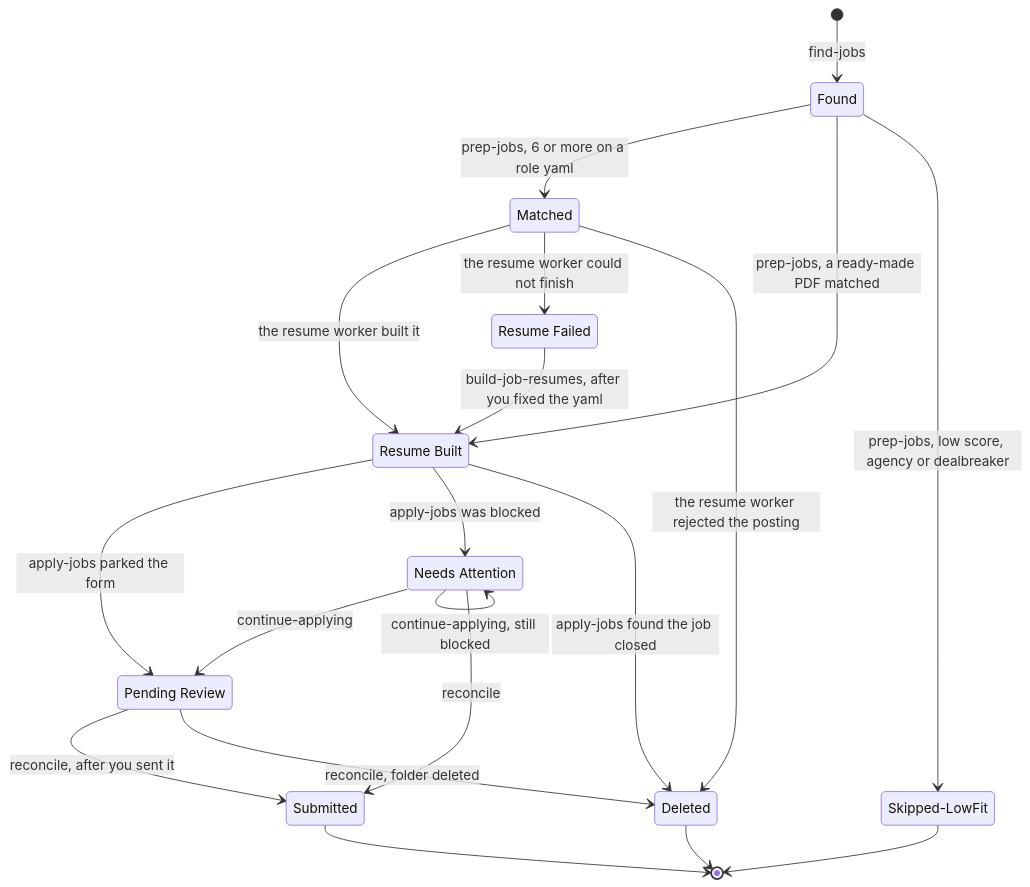
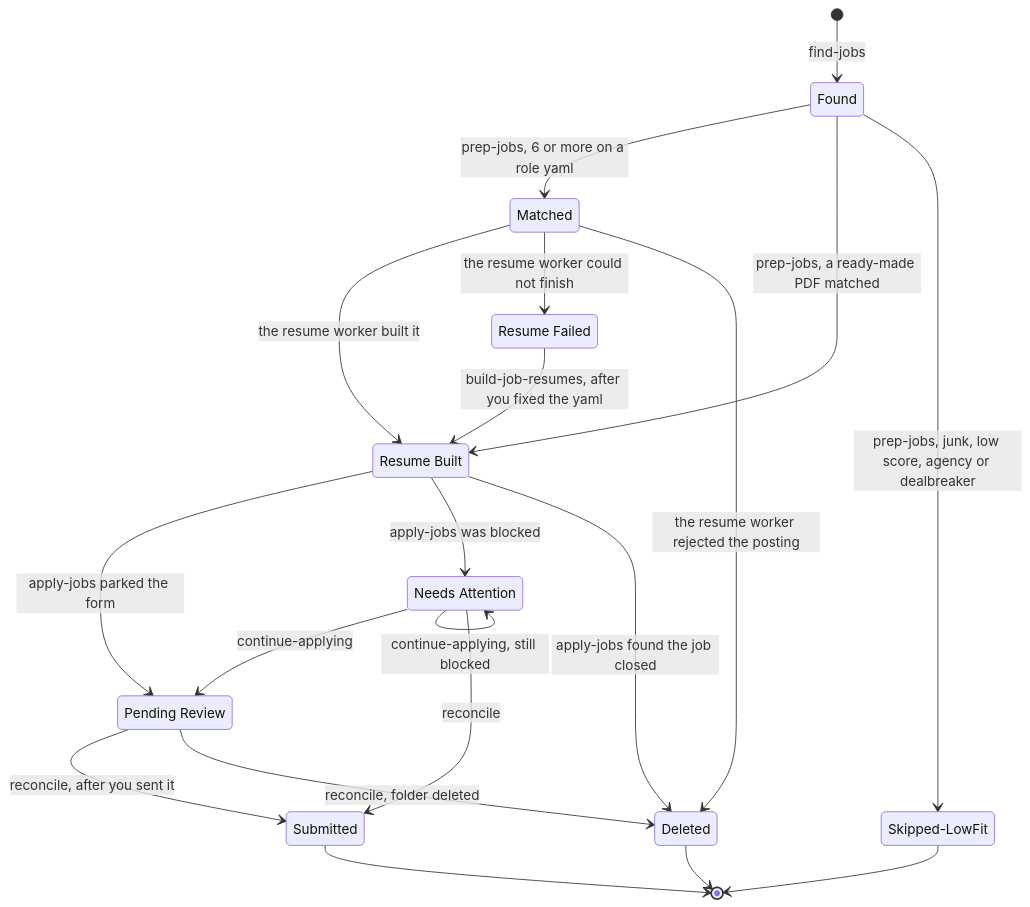
The sixth of 7 diagrams in docs/ARCHITECTURE.md (Maaz77/ohmyjob), drawn with Mermaid before and after one commit. The commit also changed other lines of this file and 8 other files, not shown here.

````diff
--- a/docs/ARCHITECTURE.md
+++ b/docs/ARCHITECTURE.md
@@ -299,32 +299,32 @@
 ```mermaid
 stateDiagram-v2
     state "Found" as Found
     state "Matched" as Matched
     state "Skipped-LowFit" as Skipped
     state "Resume Built" as Built
     state "Resume Failed" as Failed
     state "Pending Review" as Pending
     state "Needs Attention" as Needs
     state "Submitted" as Submitted
     state "Deleted" as Deleted
 
     [*] --> Found: find-jobs
     Found --> Matched: prep-jobs, 6 or more on a role yaml
     Found --> Built: prep-jobs, a ready-made PDF matched
-    Found --> Skipped: prep-jobs, low score, agency or dealbreaker
+    Found --> Skipped: prep-jobs, junk, low score, agency or dealbreaker
     Matched --> Built: the resume worker built it
     Matched --> Failed: the resume worker could not finish
     Matched --> Deleted: the resume worker rejected the posting
     Failed --> Built: build-job-resumes, after you fixed the yaml
     Built --> Pending: apply-jobs parked the form
     Built --> Needs: apply-jobs was blocked
     Built --> Deleted: apply-jobs found the job closed
     Needs --> Pending: continue-applying
     Needs --> Needs: continue-applying, still blocked
     Pending --> Submitted: reconcile, after you sent it
     Needs --> Submitted: reconcile
     Pending --> Deleted: reconcile, folder deleted
     Skipped --> [*]
     Submitted --> [*]
     Deleted --> [*]
 ```
````
